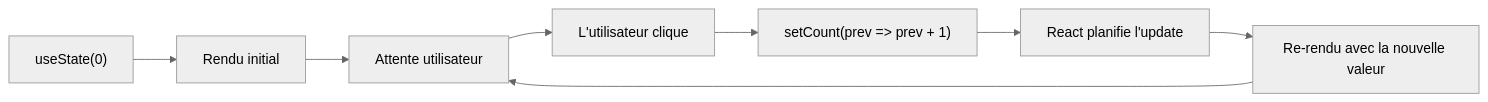
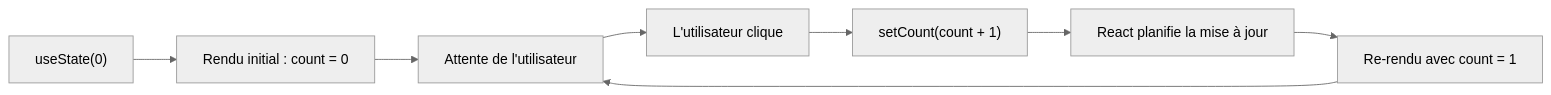
The sixth of 10 diagrams in arguments/chapters/fr/01-fundamentals.md (BabaScience/react-guides), drawn with Mermaid (neutral theme) before and after one commit. The commit also changed other lines of this file and 46 other files, not shown here.

````diff
--- a/arguments/chapters/fr/01-fundamentals.md
+++ b/arguments/chapters/fr/01-fundamentals.md
@@ -205,10 +622,10 @@
 ```mermaid
 graph LR
-    Init["useState(0)"] --> Render1[Rendu initial]
-    Render1 --> Idle[Attente utilisateur]
+    Init["useState(0)"] --> Render1[Rendu initial : count = 0]
+    Render1 --> Idle[Attente de l'utilisateur]
     Idle --> Click[L'utilisateur clique]
-    Click --> Set["setCount(prev =&gt; prev + 1)"]
-    Set --> Schedule[React planifie l'update]
-    Schedule --> Render2[Re-rendu avec la nouvelle valeur]
+    Click --> Set["setCount(count + 1)"]
+    Set --> Schedule[React planifie la mise à jour]
+    Schedule --> Render2[Re-rendu avec count = 1]
     Render2 --> Idle
 ```
````
